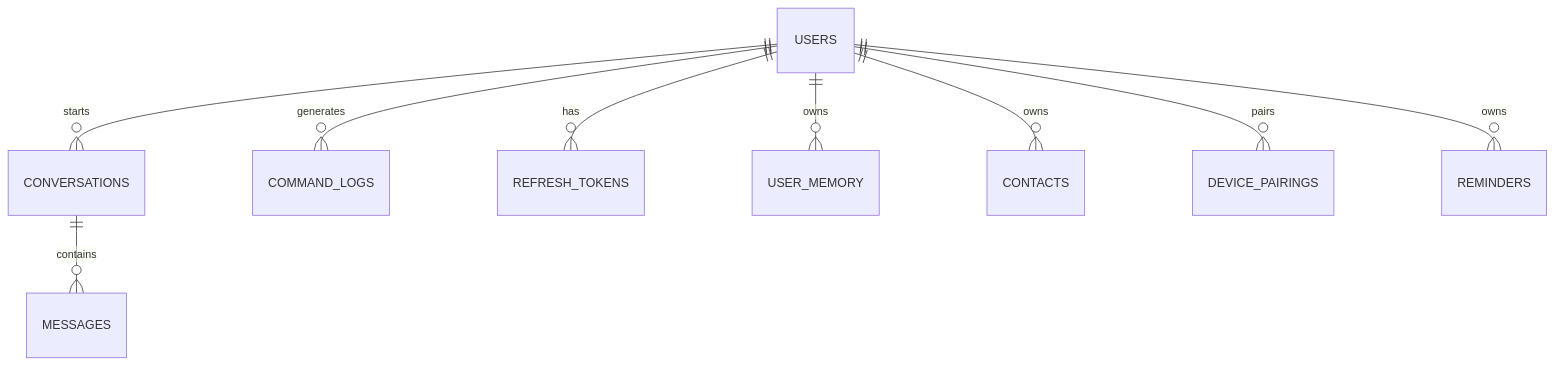
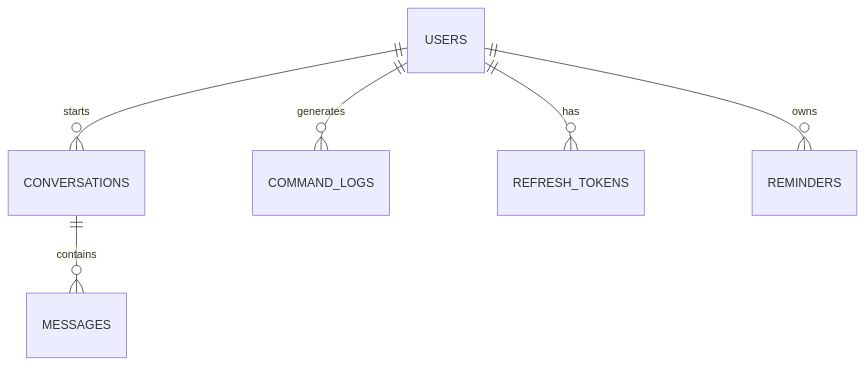
The diagram in docs/DATABASE_SCHEMA.md (Dhairya2112/SETU), drawn with Mermaid before and after one commit. The commit also changed other lines of this file and 40 other files, not shown here.

````diff
--- a/docs/DATABASE_SCHEMA.md
+++ b/docs/DATABASE_SCHEMA.md
@@ -10,11 +10,8 @@
 ```mermaid
 erDiagram
     USERS ||--o{ CONVERSATIONS : "starts"
     USERS ||--o{ COMMAND_LOGS : "generates"
     USERS ||--o{ REFRESH_TOKENS : "has"
-    USERS ||--o{ USER_MEMORY : "owns"
-    USERS ||--o{ CONTACTS : "owns"
-    USERS ||--o{ DEVICE_PAIRINGS : "pairs"
     USERS ||--o{ REMINDERS : "owns"
     CONVERSATIONS ||--o{ MESSAGES : "contains"
 ```
````
